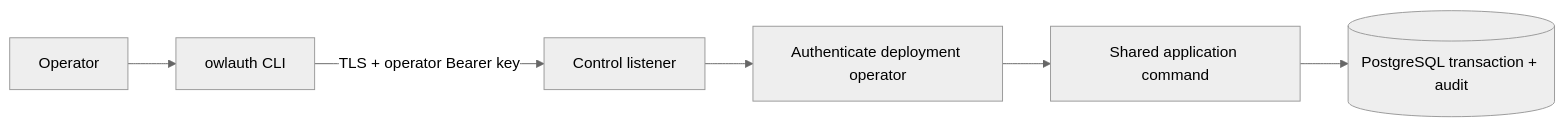
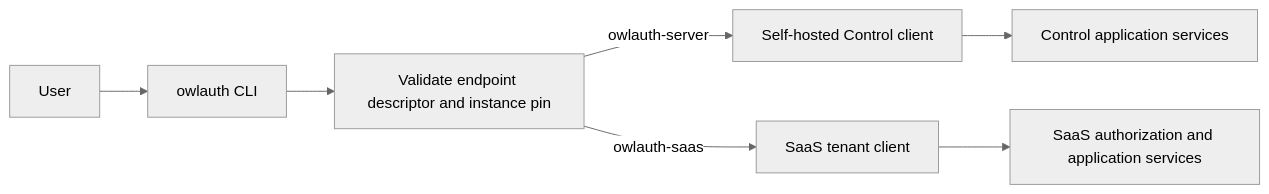
One commit to owlfoundry/owlauth changed the first of 2 diagrams in docs/guide/agent-integrations.md. Above: the diagram before and after it, drawn with Mermaid (neutral theme). The commit also changed other lines of this file and 123 other files, not shown here.

First line of the commit message:
feat(server+cli): establish service foundations and discovery

````diff
--- a/docs/guide/agent-integrations.md
+++ b/docs/guide/agent-integrations.md
@@ -46,8 +46,9 @@
 ```mermaid
 flowchart LR
-    Operator --> CLI[owlauth CLI]
-    CLI -->|TLS + operator Bearer key| Control[Control listener]
-    Control --> Auth[Authenticate deployment operator]
-    Auth --> Core[Shared application command]
-    Core --> PG[(PostgreSQL transaction + audit)]
+    User --> CLI[owlauth CLI]
+    CLI --> Descriptor[Validate endpoint descriptor and instance pin]
+    Descriptor -->|owlauth-server| Control[Self-hosted Control client]
+    Descriptor -->|owlauth-saas| SaaS[SaaS tenant client]
+    Control --> Server[Control application services]
+    SaaS --> SaaSApp[SaaS authorization and application services]
 ```
````
